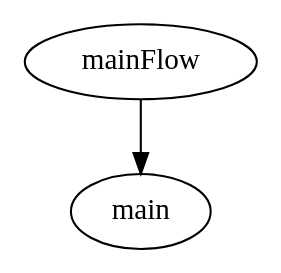
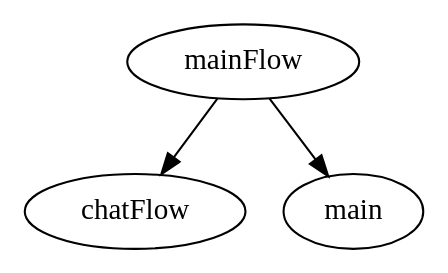
The diagram in feature/main/routing/src/main/way/main_flow.dot (DeveloperPalmer/clarify-android), drawn with Graphviz before and after one commit. The commit also changed 47 other files, not shown here.

```diff
--- a/feature/main/routing/src/main/way/main_flow.dot
+++ b/feature/main/routing/src/main/way/main_flow.dot
@@ -1,9 +1,14 @@
 digraph MainFlow {
   package = "ru.sla.clarify.feature.main.routing"
 
   mainFlow [
     type = "flow"
   ]
 
+  chatFlow [
+    type = "schema"
+  ]
+
   mainFlow -> main
+  mainFlow -> chatFlow
 }
```
